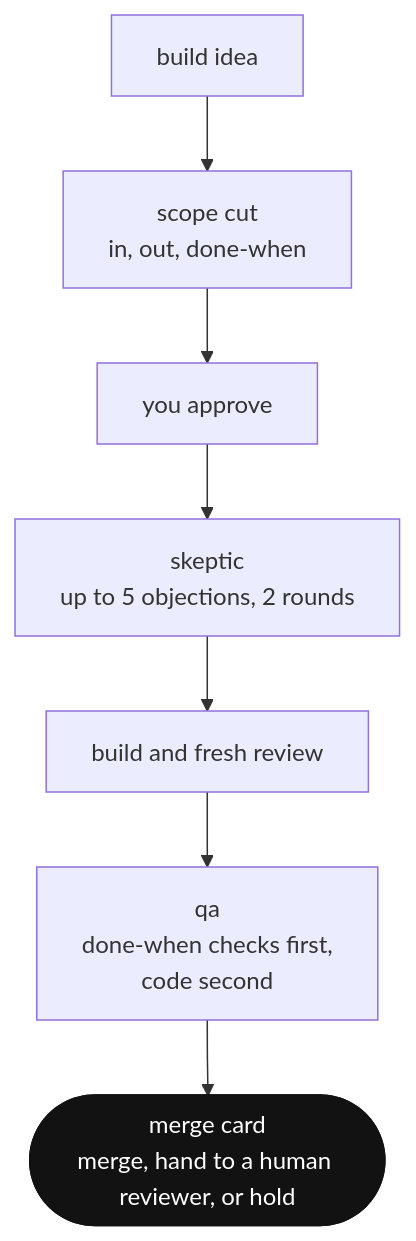
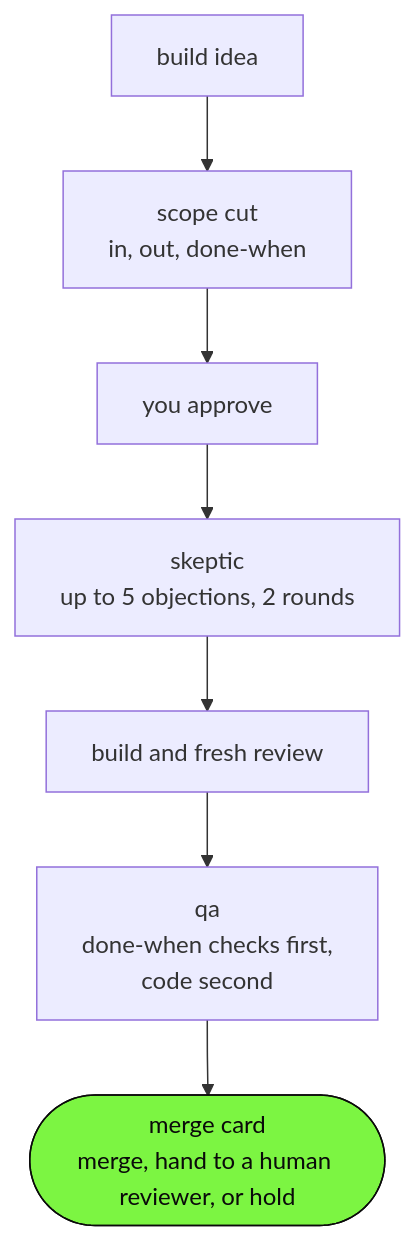
One commit to shashank-sn/workflows changed the diagram in operate/bot-staff/figures/build-gates.mmd. Above: the diagram before and after it, drawn with Mermaid. The commit also changed 63 other files, not shown here.

```diff
--- a/operate/bot-staff/figures/build-gates.mmd
+++ b/operate/bot-staff/figures/build-gates.mmd
@@ -1,10 +1,10 @@
 %% a build passes four gates, and the human sees one merge card at the end
 flowchart TB
   I["build idea"] --> S["scope cut<br/>in, out, done-when"]
   S --> Y["you approve"]
   Y --> K["skeptic<br/>up to 5 objections, 2 rounds"]
   K --> Bd["build and fresh review"]
   Bd --> Q["qa<br/>done-when checks first,<br/>code second"]
   Q --> M(["merge card<br/>merge, hand to a human reviewer, or hold"])
-  classDef ink fill:#121212,color:#ffffff,stroke:#121212
-  class M ink
+  classDef key fill:#7cf542,color:#0a0a0a,stroke:#0a0a0a
+  class M key
```
